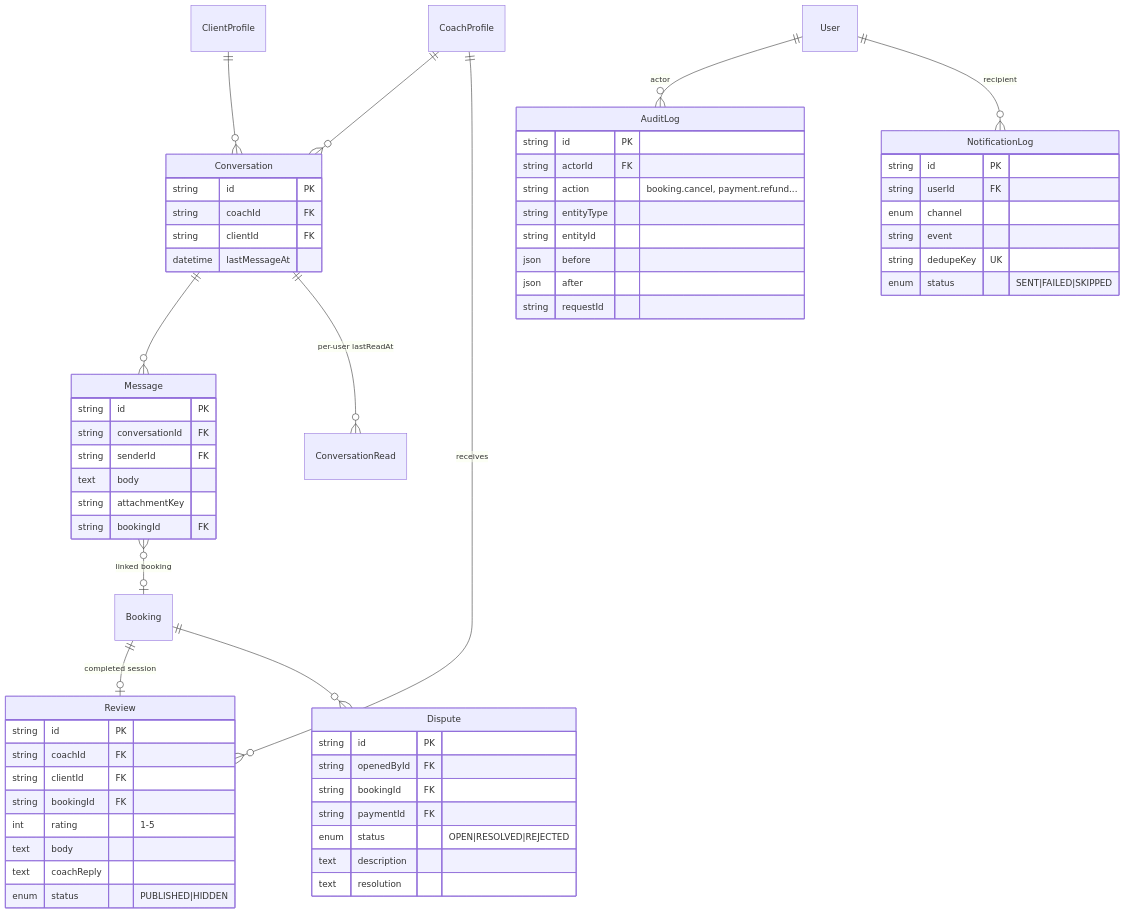
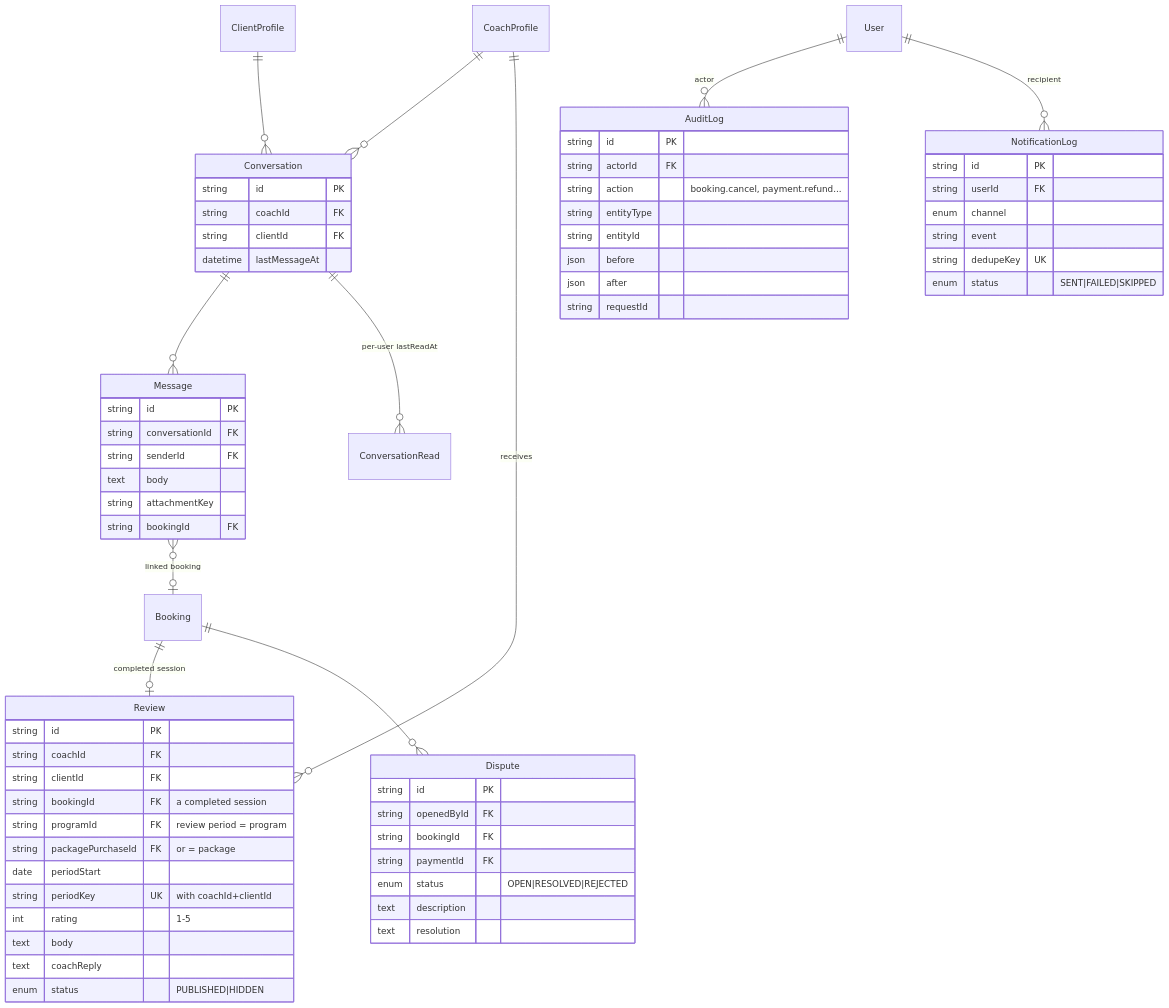
The seventh of 7 diagrams in docs/PLAN.md (harveyallenong/Coach-App), drawn with Mermaid before and after one commit. The commit also changed other lines of this file and 8 other files, not shown here.

````diff
--- a/docs/PLAN.md
+++ b/docs/PLAN.md
@@ -597,65 +618,69 @@
 ```mermaid
 erDiagram
   CoachProfile ||--o{ Conversation : ""
   ClientProfile ||--o{ Conversation : ""
   Conversation ||--o{ Message : ""
   Conversation ||--o{ ConversationRead : "per-user lastReadAt"
   Message }o--o| Booking : "linked booking"
   Booking ||--o| Review : "completed session"
   CoachProfile ||--o{ Review : receives
   User ||--o{ AuditLog : actor
   User ||--o{ NotificationLog : recipient
   Booking ||--o{ Dispute : ""
 
   Conversation {
     string id PK
     string coachId FK
     string clientId FK
     datetime lastMessageAt
   }
   Message {
     string id PK
     string conversationId FK
     string senderId FK
     text body
     string attachmentKey
     string bookingId FK
   }
   Review {
     string id PK
     string coachId FK
     string clientId FK
-    string bookingId FK
+    string bookingId FK "a completed session"
+    string programId FK "review period = program"
+    string packagePurchaseId FK "or = package"
+    date periodStart
+    string periodKey UK "with coachId+clientId"
     int rating "1-5"
     text body
     text coachReply
     enum status "PUBLISHED|HIDDEN"
   }
   AuditLog {
     string id PK
     string actorId FK
     string action "booking.cancel, payment.refund..."
     string entityType
     string entityId
     json before
     json after
     string requestId
   }
   NotificationLog {
     string id PK
     string userId FK
     enum channel
     string event
     string dedupeKey UK
     enum status "SENT|FAILED|SKIPPED"
   }
   Dispute {
     string id PK
     string openedById FK
     string bookingId FK
     string paymentId FK
     enum status "OPEN|RESOLVED|REJECTED"
     text description
     text resolution
   }
 ```
````
